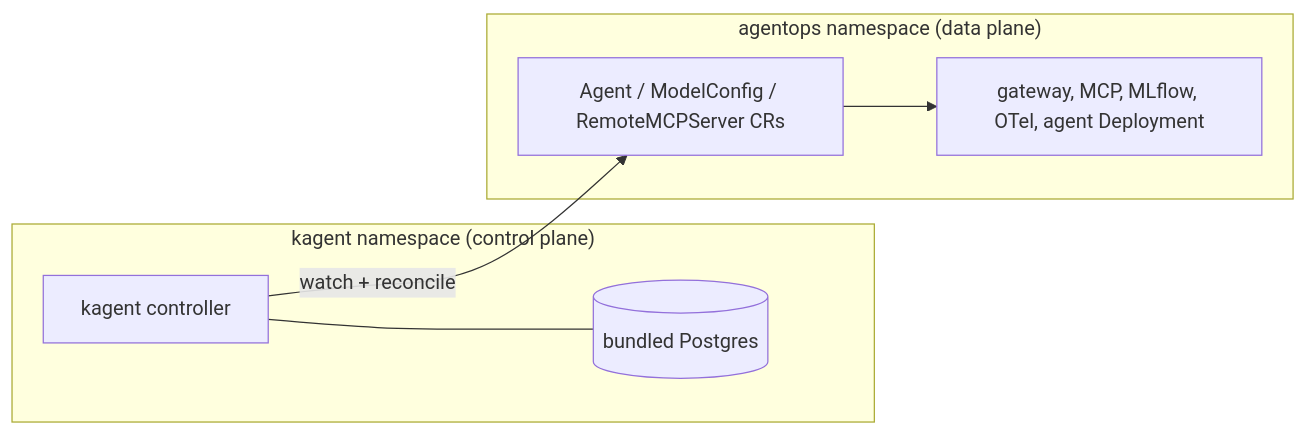
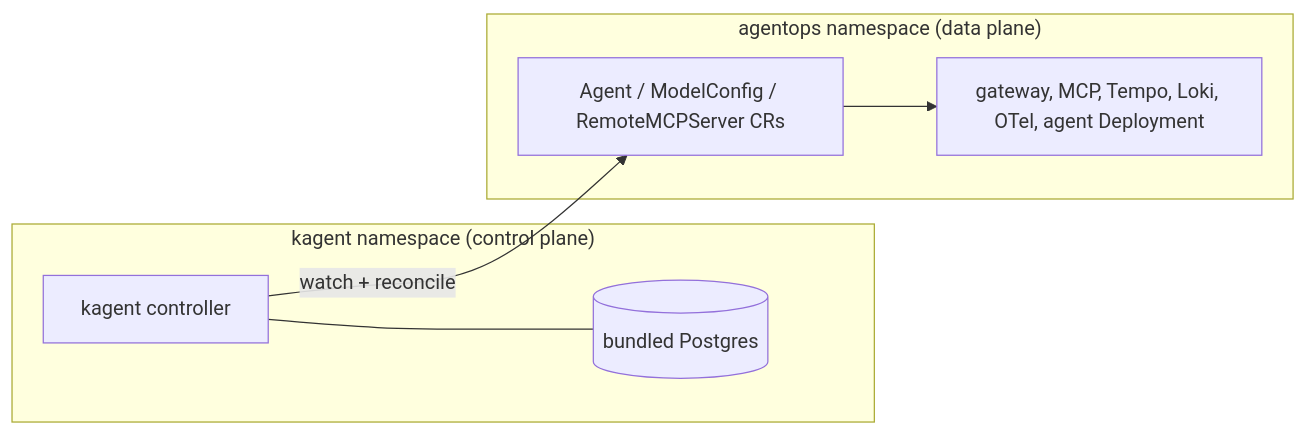
Before and after one commit to LuiGGi629/agentops-open-course: the second of 3 diagrams in content/6. Platform/6.2. Platform Install.md, drawn with Mermaid. The commit also changed other lines of this file and 88 other files, not shown here.

First line of the commit message:
refactor: send traces to Tempo and take MLflow out of the online path

````diff
--- a/content/6. Platform/6.2. Platform Install.md
+++ b/content/6. Platform/6.2. Platform Install.md
@@ -160,14 +160,14 @@
 ```mermaid
 flowchart LR
     subgraph kagentns["kagent namespace (control plane)"]
         Controller[kagent controller]
         Postgres[("bundled Postgres")]
         Controller --- Postgres
     end
     subgraph agentopsns["agentops namespace (data plane)"]
         CRs["Agent / ModelConfig / RemoteMCPServer CRs"]
-        Workloads["gateway, MCP, MLflow, OTel, agent Deployment"]
+        Workloads["gateway, MCP, Tempo, Loki, OTel, agent Deployment"]
     end
     Controller -->|"watch + reconcile"| CRs
     CRs --> Workloads
 ```
````
